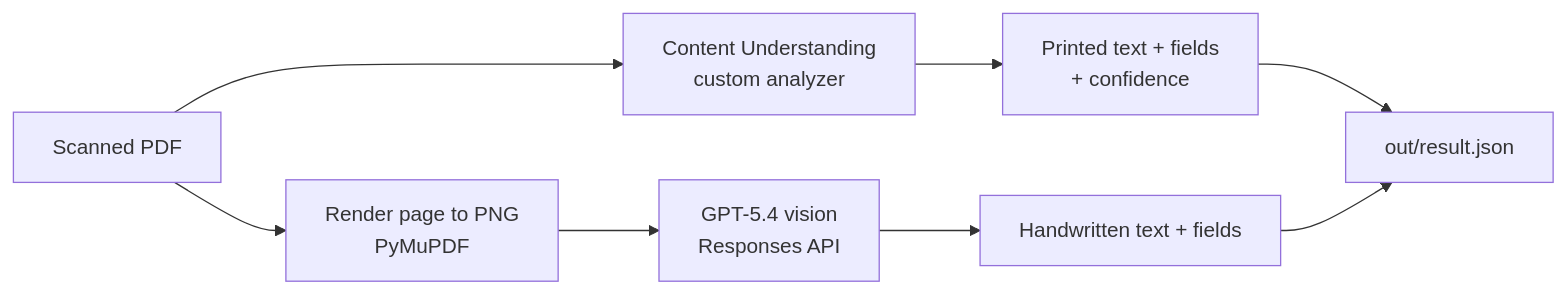
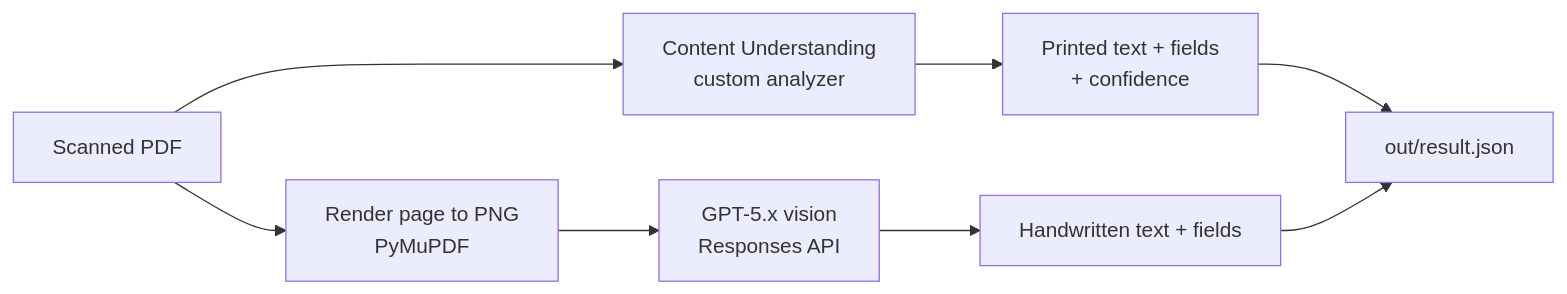
The diagram in README.md (roie9876/content-understanding-hebrew), drawn with Mermaid before and after one commit. The commit also changed other lines of this file and 20 other files, not shown here.

````diff
--- a/README.md
+++ b/README.md
@@ -20,9 +20,9 @@
 ```mermaid
 flowchart LR
     A[Scanned PDF] --> B[Render page to PNG<br/>PyMuPDF]
     A --> C[Content Understanding<br/>custom analyzer]
-    B --> D[GPT-5.4 vision<br/>Responses API]
+    B --> D[GPT-5.x vision<br/>Responses API]
     C --> E[Printed text + fields<br/>+ confidence]
     D --> F[Handwritten text + fields]
     E & F --> G[out/result.json]
 ```
````
